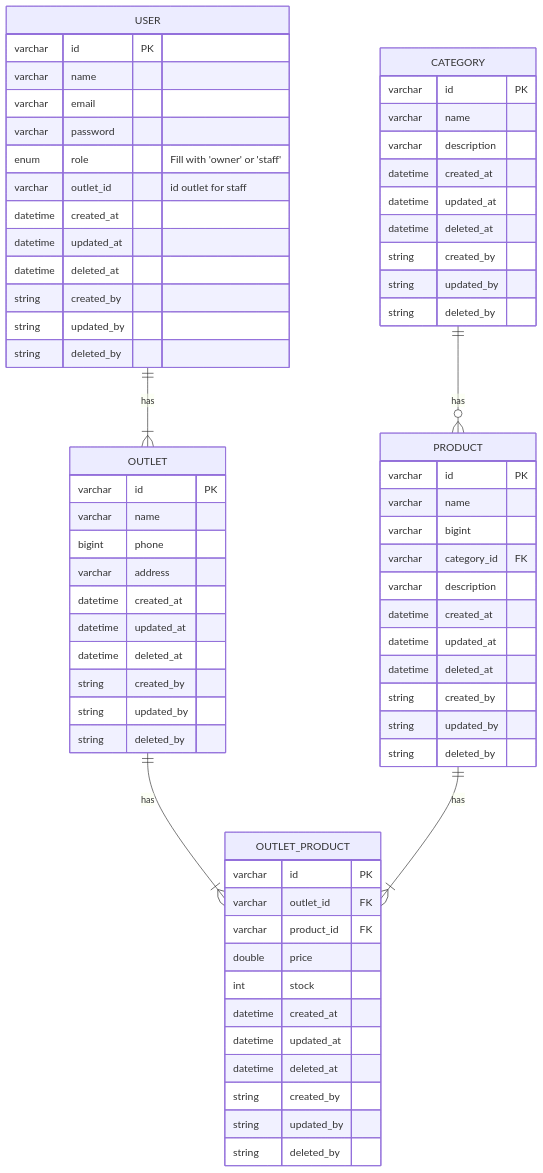
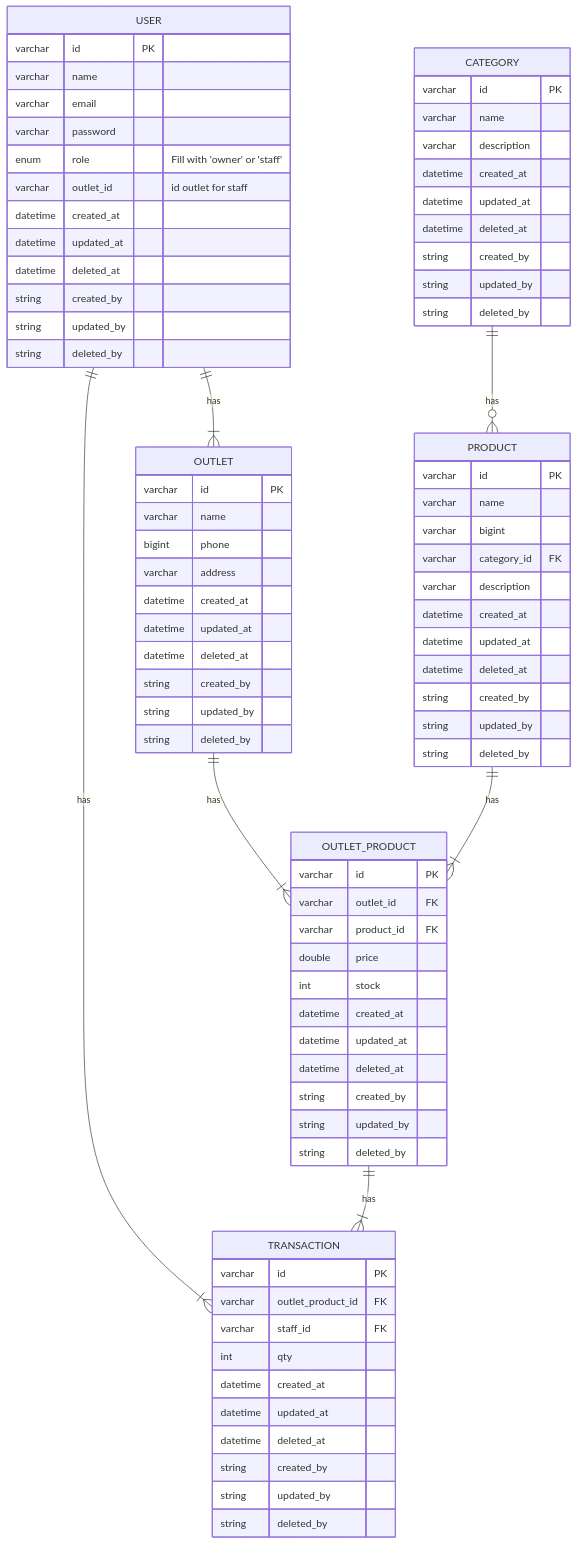
One commit to upgradeskill/fp2022-crm-j-team changed the first of 2 diagrams in README.md. Above: the diagram before and after it, drawn with Mermaid.

Commit message:
add transaction erd

````diff
--- a/README.md
+++ b/README.md
@@ -35,6 +35,7 @@
 ```mermaid
 erDiagram
     USER ||--|{ OUTLET : has
+    USER ||--|{ TRANSACTION : has
     USER {
         varchar id PK
         varchar name
@@ -88,7 +89,7 @@
         string updated_by
         string deleted_by
     }
-    OUTLET_PRODUCT
+    OUTLET_PRODUCT ||--|{ TRANSACTION : has
     OUTLET_PRODUCT {
         varchar id PK
         varchar outlet_id FK
@@ -102,4 +103,17 @@
         string updated_by
         string deleted_by
     }
+    TRANSACTION 
+    TRANSACTION {
+        varchar id PK
+        varchar outlet_product_id FK
+        varchar staff_id FK
+        int qty
+        datetime created_at
+        datetime updated_at
+        datetime deleted_at
+        string created_by
+        string updated_by
+        string deleted_by
+    }
 ```
````
